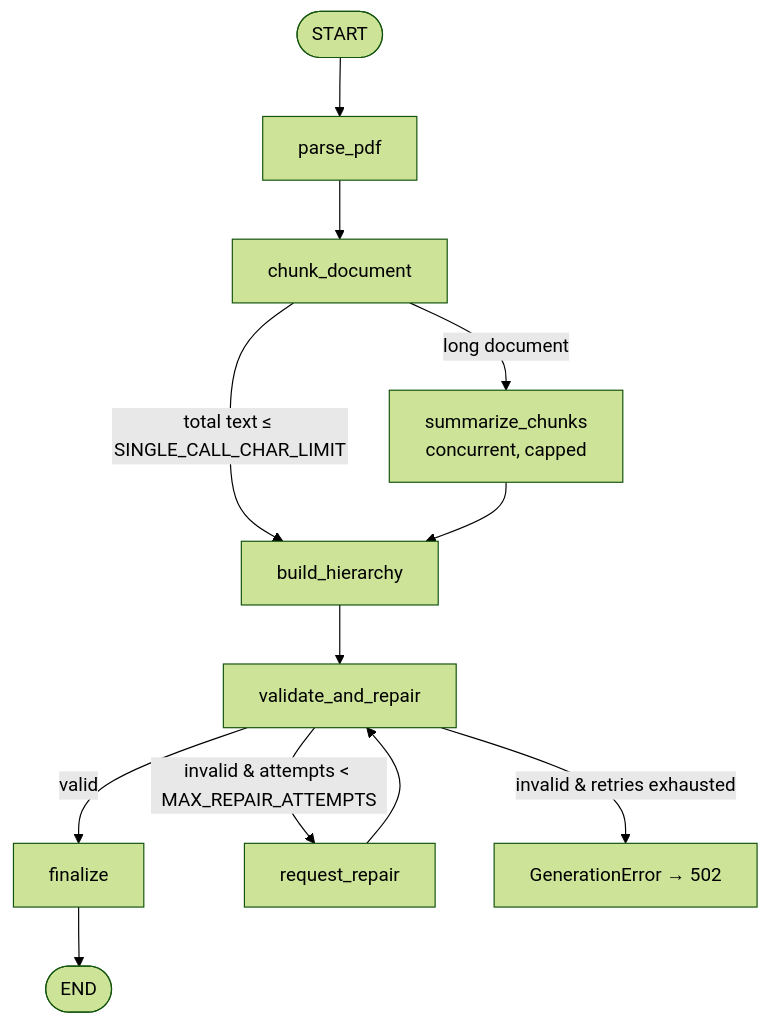
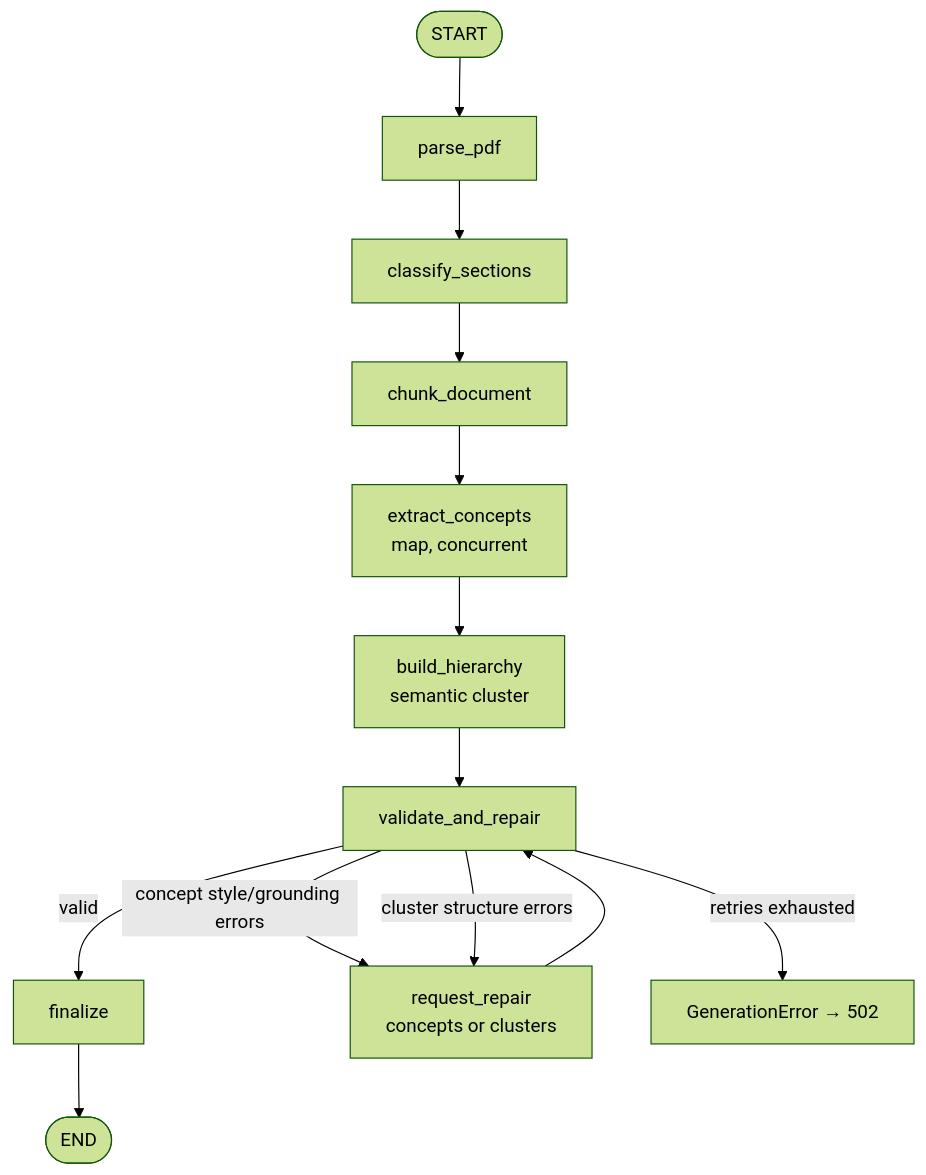
One commit to Nuray-Sheriyeva/mindmap-generator changed the second of 2 diagrams in README.md. Above: the diagram before and after it, drawn with Mermaid (forest theme). The commit also changed other lines of this file and 44 other files, not shown here.

````diff
--- a/README.md
+++ b/README.md
@@ -36,14 +62,15 @@
 ```mermaid
 flowchart TD
     S([START]) --> PARSE["parse_pdf"]
-    PARSE --> CHUNK["chunk_document"]
-    CHUNK -->|"total text ≤ SINGLE_CALL_CHAR_LIMIT"| BUILD["build_hierarchy"]
-    CHUNK -->|"long document"| MAP["summarize_chunks<br/>concurrent, capped"]
-    MAP --> BUILD
-    BUILD --> VALIDATE["validate_and_repair"]
+    PARSE --> CLASSIFY["classify_sections"]
+    CLASSIFY --> CHUNK["chunk_document"]
+    CHUNK --> EXTRACT["extract_concepts<br/>map, concurrent"]
+    EXTRACT --> CLUSTER["build_hierarchy<br/>semantic cluster"]
+    CLUSTER --> VALIDATE["validate_and_repair"]
     VALIDATE -->|"valid"| FINAL["finalize"]
-    VALIDATE -->|"invalid & attempts < MAX_REPAIR_ATTEMPTS"| REPAIR["request_repair"]
+    VALIDATE -->|"concept style/grounding errors"| REPAIR["request_repair<br/>concepts or clusters"]
+    VALIDATE -->|"cluster structure errors"| REPAIR
     REPAIR --> VALIDATE
-    VALIDATE -->|"invalid & retries exhausted"| FAIL["GenerationError → 502"]
+    VALIDATE -->|"retries exhausted"| FAIL["GenerationError → 502"]
     FINAL --> E([END])
 ```
````
